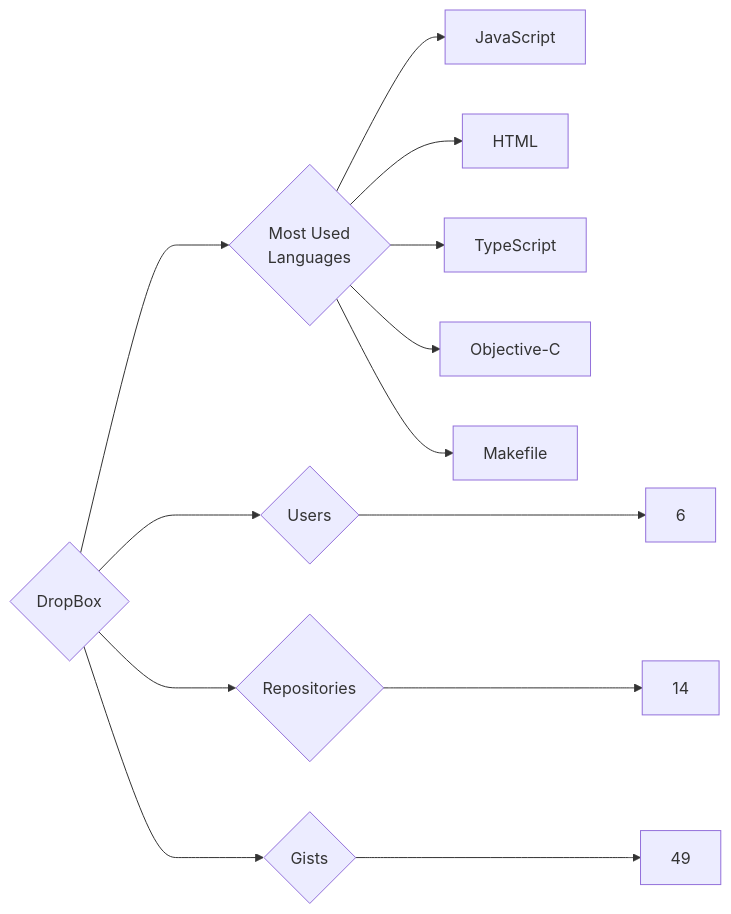
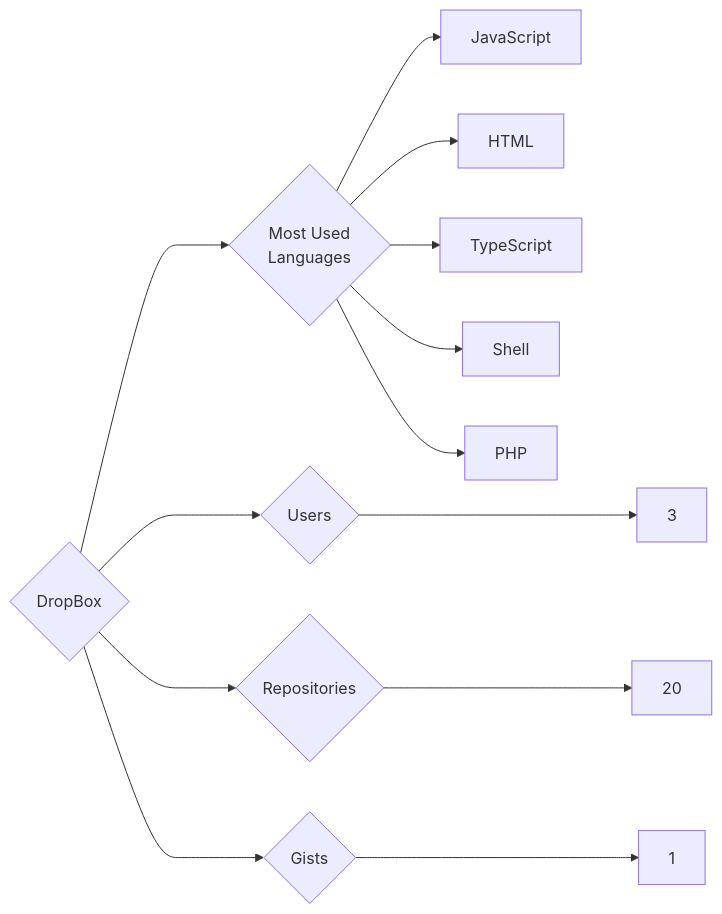
One commit to trickest/insiders changed the diagram in targets/DropBox/README.md. Above: the diagram before and after it, drawn with Mermaid. The commit also changed 880 other files, not shown here.

````diff
--- a/targets/DropBox/README.md
+++ b/targets/DropBox/README.md
@@ -3,13 +3,13 @@
 ```mermaid
 graph LR
 COMPANY_NAME{DropBox}
-COMPANY_NAME ---> U{Users} ---> UN[6]
-COMPANY_NAME ---> R{Repositories} ---> RN[14]
-COMPANY_NAME ---> G{Gists} ---> GN[49]
+COMPANY_NAME ---> U{Users} ---> UN[3]
+COMPANY_NAME ---> R{Repositories} ---> RN[20]
+COMPANY_NAME ---> G{Gists} ---> GN[1]
 COMPANY_NAME ---> ML{Most Used<br>Languages}
 ML --> JavaScript[JavaScript]
 ML --> HTML[HTML]
 ML --> TypeScript[TypeScript]
-ML --> Objective-C[Objective-C]
-ML --> Makefile[Makefile]
+ML --> Shell[Shell]
+ML --> PHP[PHP]
 ```
````
